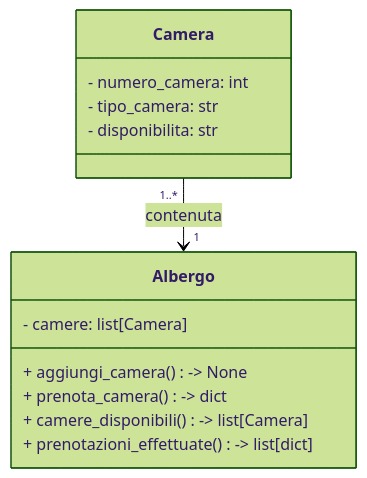
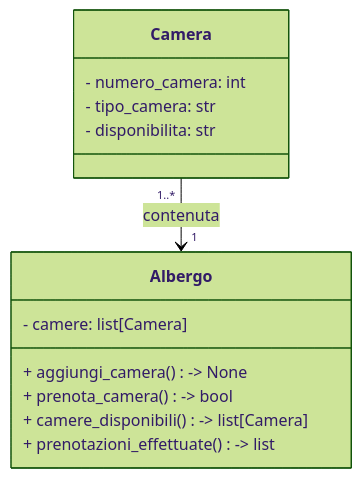
Before and after one commit to LucaBernardinii/esercizi_4M: the diagram in esercizio_021/bernardini_es021.md, drawn with Mermaid (forest theme). The commit also changed 1 other file, not shown here.

````diff
--- a/esercizio_021/bernardini_es021.md
+++ b/esercizio_021/bernardini_es021.md
@@ -1,19 +1,19 @@
 ```mermaid
 classDiagram
     class Albergo {
         - camere: list[Camera]
 
         + aggiungi_camera() -> None
-        + prenota_camera() -> dict
+        + prenota_camera() -> bool
         + camere_disponibili() -> list[Camera]
-        + prenotazioni_effettuate() -> list[dict]
+        + prenotazioni_effettuate() -> list
     }
 
     class Camera {
         - numero_camera: int
         - tipo_camera: str
         - disponibilita: str
     }
 
 Camera "1..*" --> "1" Albergo: contenuta
 ```
````
